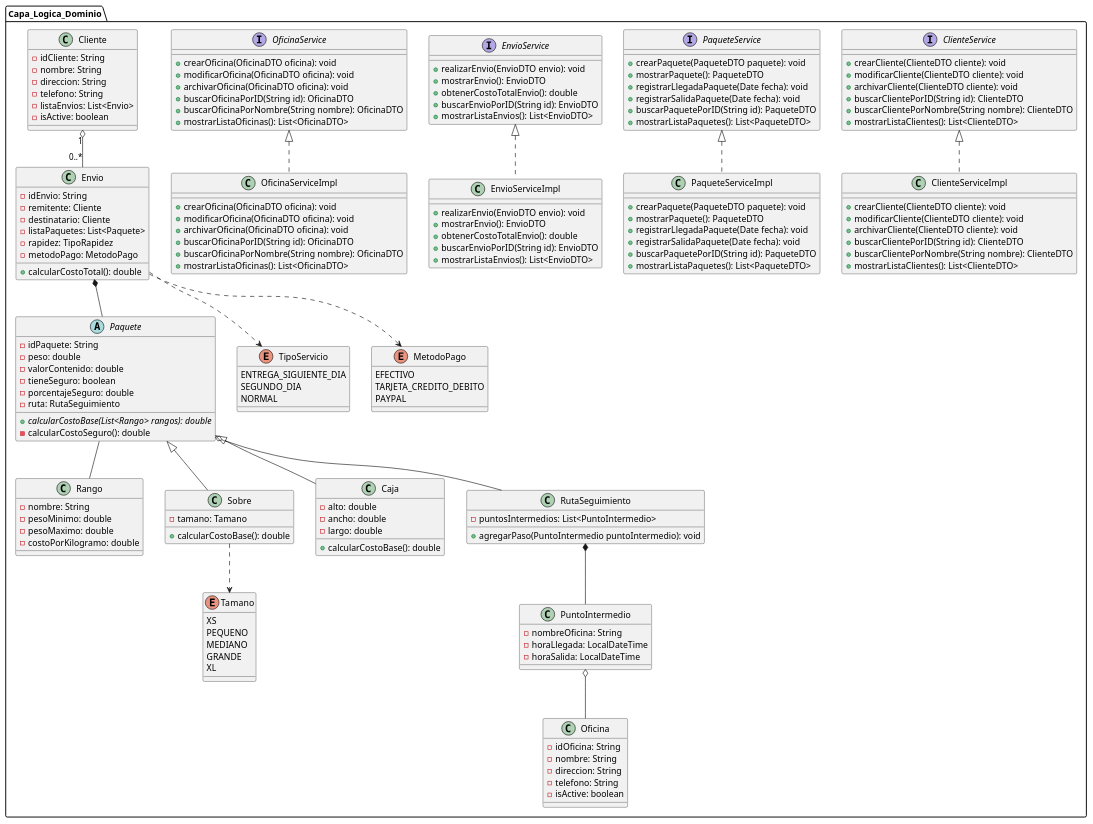
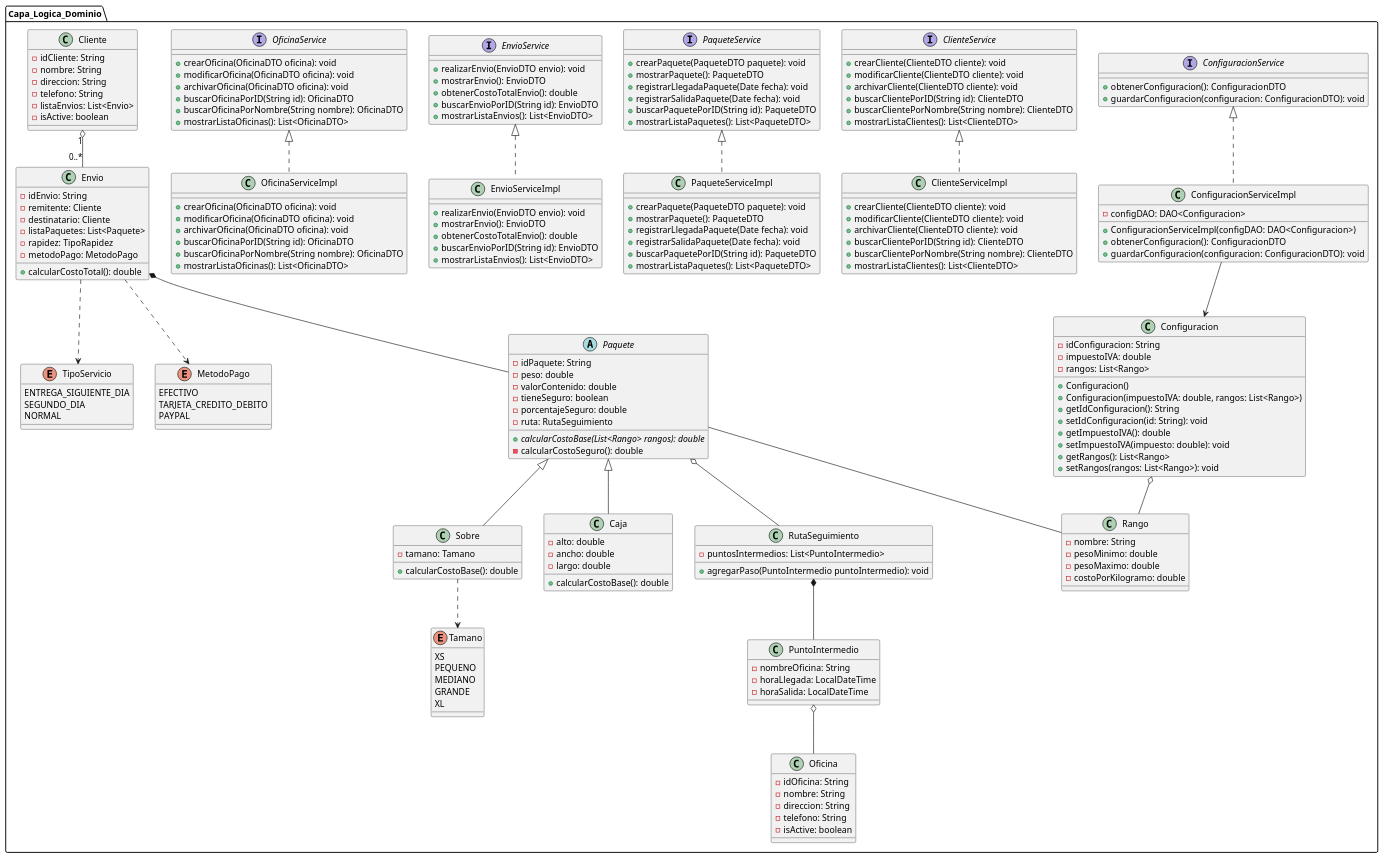
Before and after one commit to SVLucasAndres/ProyectoCourier: the first of 2 diagrams in README.md, drawn with PlantUML. The commit also changed other lines of this file, not shown here.

Commit message:
UMLS
putamadre ya no mas cambios 😔😔😔

````diff
--- a/README.md
+++ b/README.md
@@ -3,6 +3,36 @@
 ```plantuml
 @startuml
 namespace Capa_Logica_Dominio {
+ class Configuracion {
+        - idConfiguracion: String
+        - impuestoIVA: double
+        - rangos: List<Rango>
+        + Configuracion()
+        + Configuracion(impuestoIVA: double, rangos: List<Rango>)
+        + getIdConfiguracion(): String
+        + setIdConfiguracion(id: String): void
+        + getImpuestoIVA(): double
+        + setImpuestoIVA(impuesto: double): void
+        + getRangos(): List<Rango>
+        + setRangos(rangos: List<Rango>): void
+    }
+
+    interface ConfiguracionService {
+        + obtenerConfiguracion(): ConfiguracionDTO
+        + guardarConfiguracion(configuracion: ConfiguracionDTO): void
+    }
+
+    class ConfiguracionServiceImpl {
+        - configDAO: DAO<Configuracion>
+        + ConfiguracionServiceImpl(configDAO: DAO<Configuracion>)
+        + obtenerConfiguracion(): ConfiguracionDTO
+        + guardarConfiguracion(configuracion: ConfiguracionDTO): void
+    }
+
+    ConfiguracionService <|.. ConfiguracionServiceImpl
+    ConfiguracionServiceImpl --> Configuracion
+    Configuracion o-- Rango
+
     interface ClienteService {
         + crearCliente(ClienteDTO cliente): void
 + modificarCliente(ClienteDTO cliente): void
````
